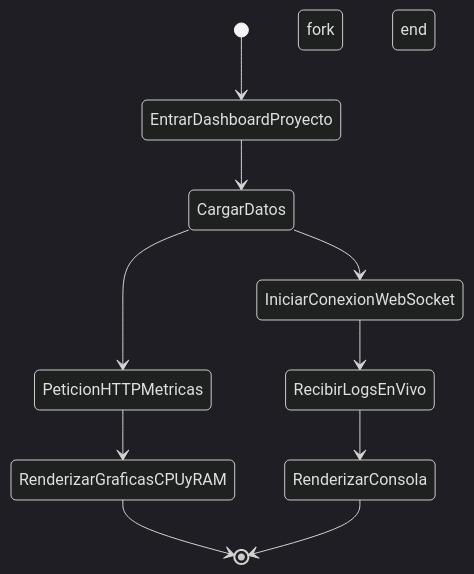
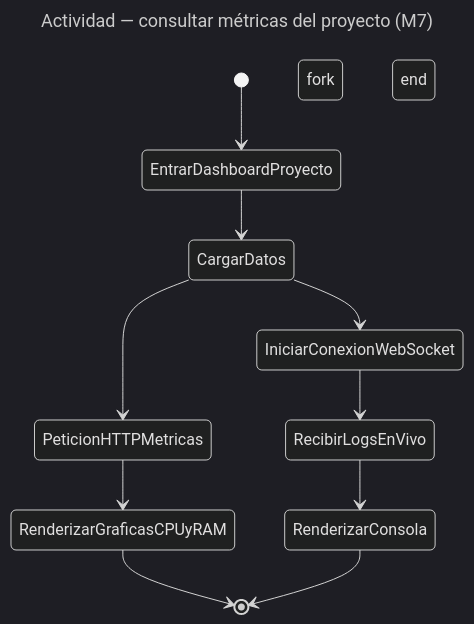
The diagram in docs/diagramas/m1-m10/m7-actividad-consultar-metricas.mmd (derekCmorales/deploya), drawn with Mermaid (dark theme) before and after one commit. The commit also changed 100 other files, not shown here.

```diff
--- a/docs/diagramas/m1-m10/m7-actividad-consultar-metricas.mmd
+++ b/docs/diagramas/m1-m10/m7-actividad-consultar-metricas.mmd
@@ -1,17 +1,20 @@
+---
+title: Actividad — consultar métricas del proyecto (M7)
+---
 stateDiagram-v2
     [*] --> EntrarDashboardProyecto
     EntrarDashboardProyecto --> CargarDatos
 
     fork
         CargarDatos --> PeticionHTTPMetricas
         PeticionHTTPMetricas --> RenderizarGraficasCPUyRAM
     end
 
     fork
         CargarDatos --> IniciarConexionWebSocket
         IniciarConexionWebSocket --> RecibirLogsEnVivo
         RecibirLogsEnVivo --> RenderizarConsola
     end
 
     RenderizarGraficasCPUyRAM --> [*]
     RenderizarConsola --> [*]
```
